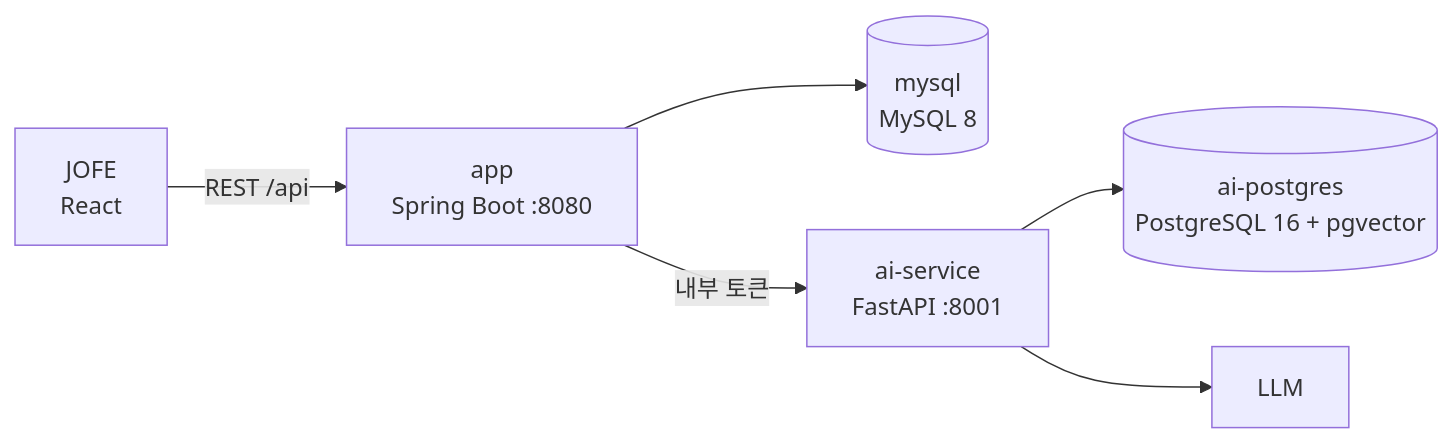
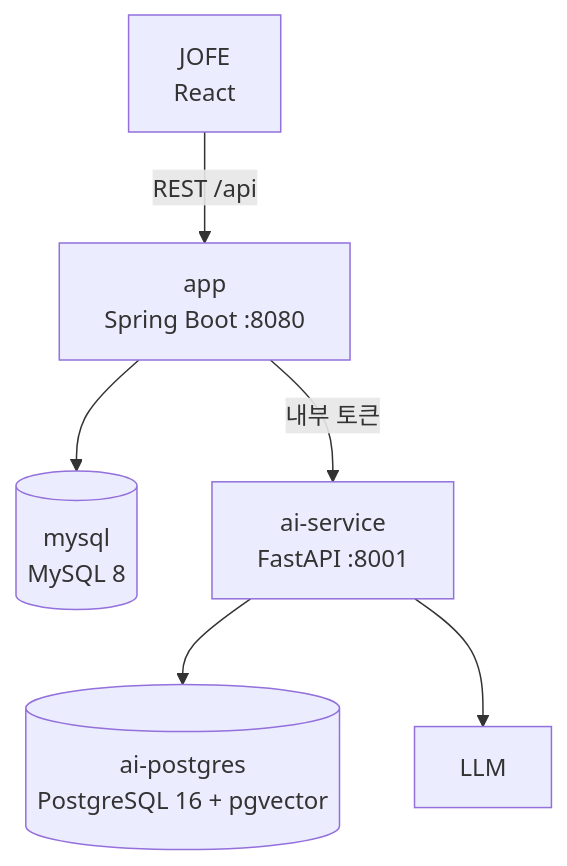
One commit to JinroOn/JOBE changed the diagram in README.md. Above: the diagram before and after it, drawn with Mermaid.

Commit message:
docs: 구성도를 세로 배치로 변경

````diff
--- a/README.md
+++ b/README.md
@@ -23,8 +23,8 @@
 ```mermaid
-flowchart LR
+flowchart TB
     FE["JOFE<br/>React"] -- "REST /api" --> APP["app<br/>Spring Boot :8080"]
     APP --> MYSQL[("mysql<br/>MySQL 8")]
     APP -- "내부 토큰" --> AI["ai-service<br/>FastAPI :8001"]
     AI --> PG[("ai-postgres<br/>PostgreSQL 16 + pgvector")]
     AI --> LLM["LLM"]
 ```
````
